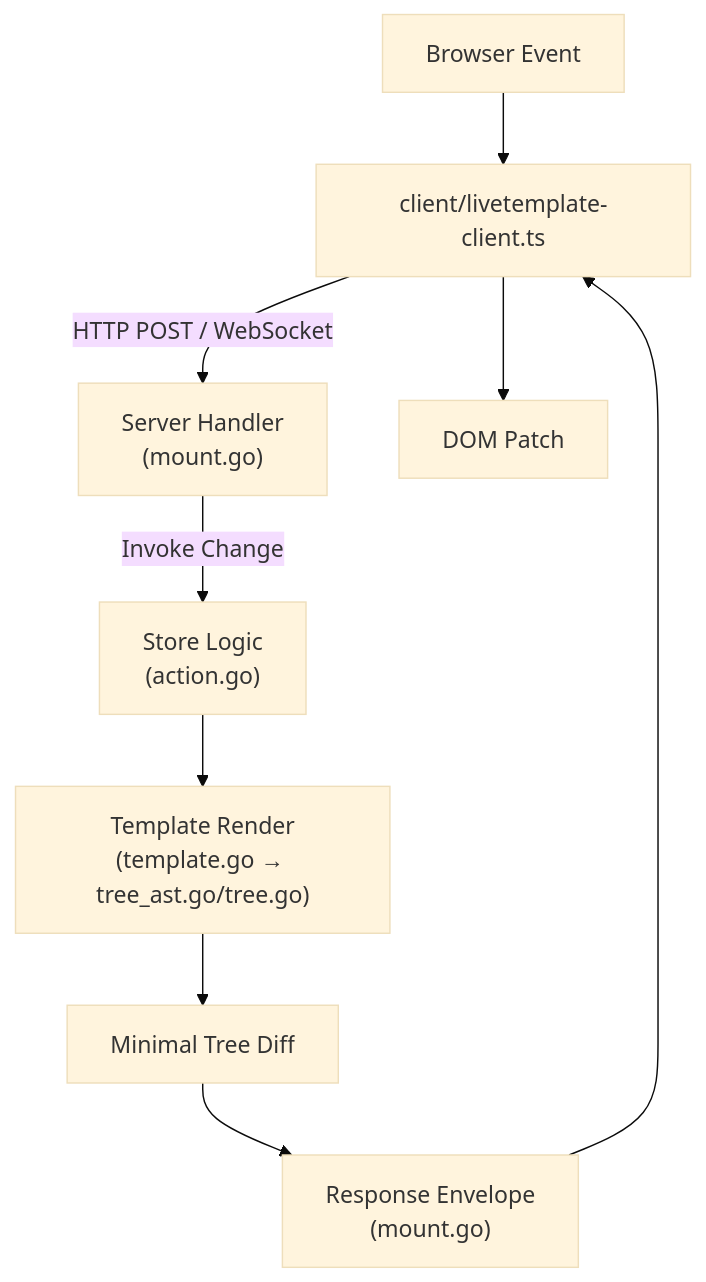
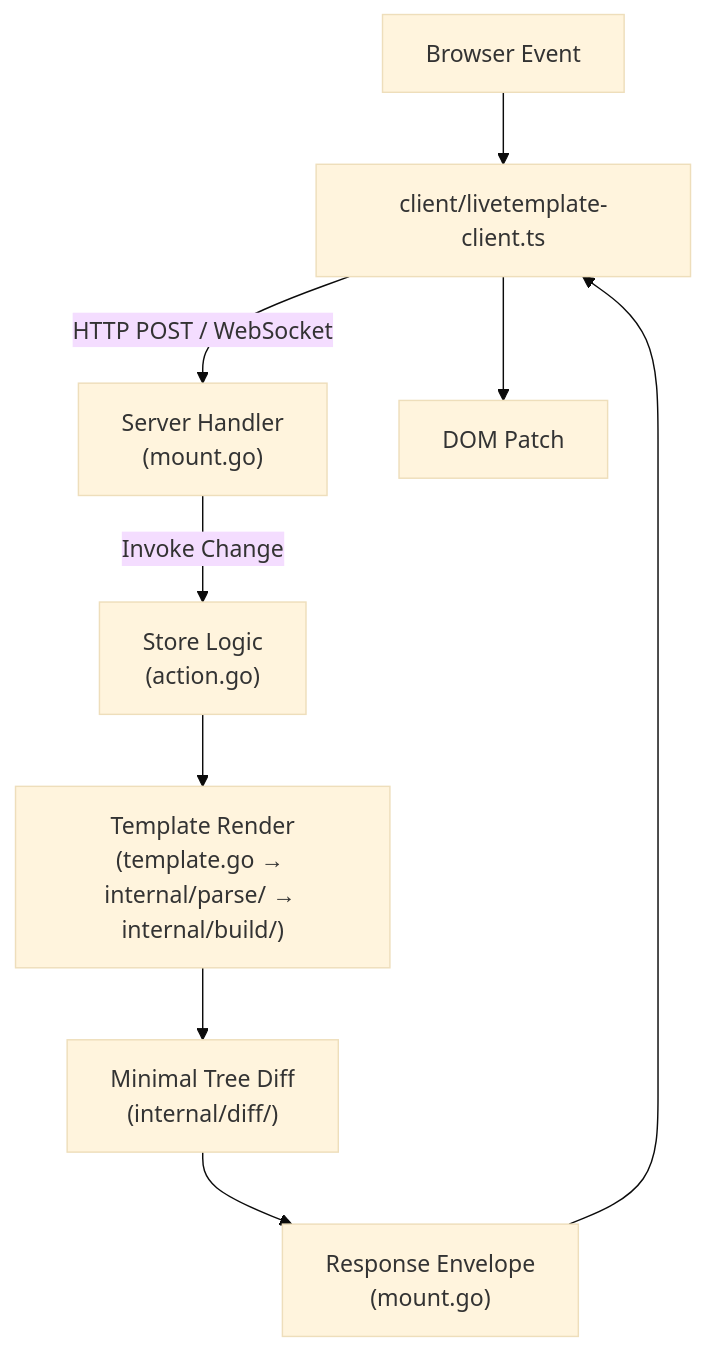
The first of 2 diagrams in docs/guides/new-contributor-walkthrough.md (livetemplate/livetemplate), drawn with Mermaid (base theme) before and after one commit. The commit also changed other lines of this file and 8 other files, not shown here.

First line of the commit message:
docs: update all docs to reflect v1.0 internal package architecture

````diff
--- a/docs/guides/new-contributor-walkthrough.md
+++ b/docs/guides/new-contributor-walkthrough.md
@@ -35,11 +37,11 @@
 ```mermaid
 flowchart TD
    Browser["Browser Event"] --> ClientRuntime["client/livetemplate-client.ts"]
    ClientRuntime -->|HTTP POST / WebSocket| Server["Server Handler\n(mount.go)"]
    Server -->|Invoke Change| Store["Store Logic\n(action.go)"]
-   Store --> TemplateRender["Template Render\n(template.go → tree_ast.go/tree.go)"]
-   TemplateRender --> Diff["Minimal Tree Diff"]
+   Store --> TemplateRender["Template Render\n(template.go → internal/parse/ → internal/build/)"]
+   TemplateRender --> Diff["Minimal Tree Diff\n(internal/diff/)"]
    Diff --> Response["Response Envelope\n(mount.go)"]
    Response --> ClientRuntime
    ClientRuntime --> DOM["DOM Patch"]
 ```
````
